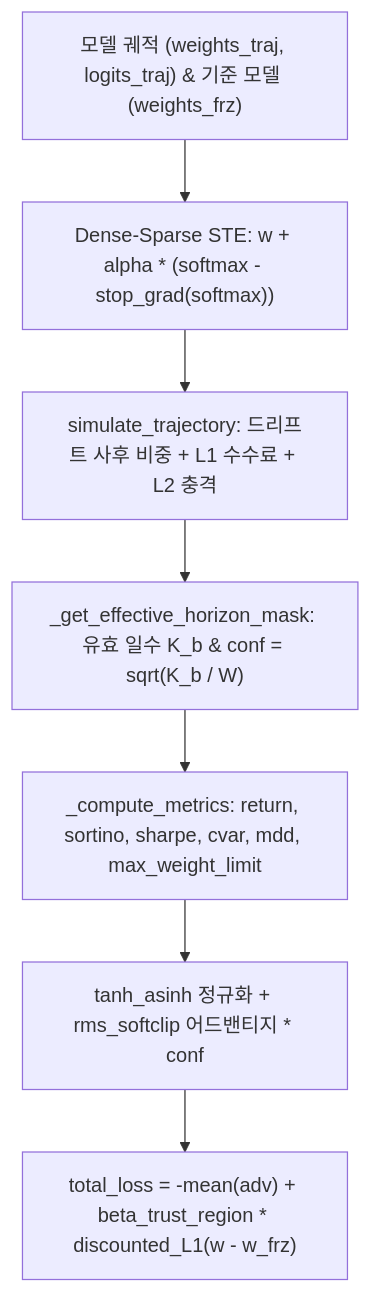
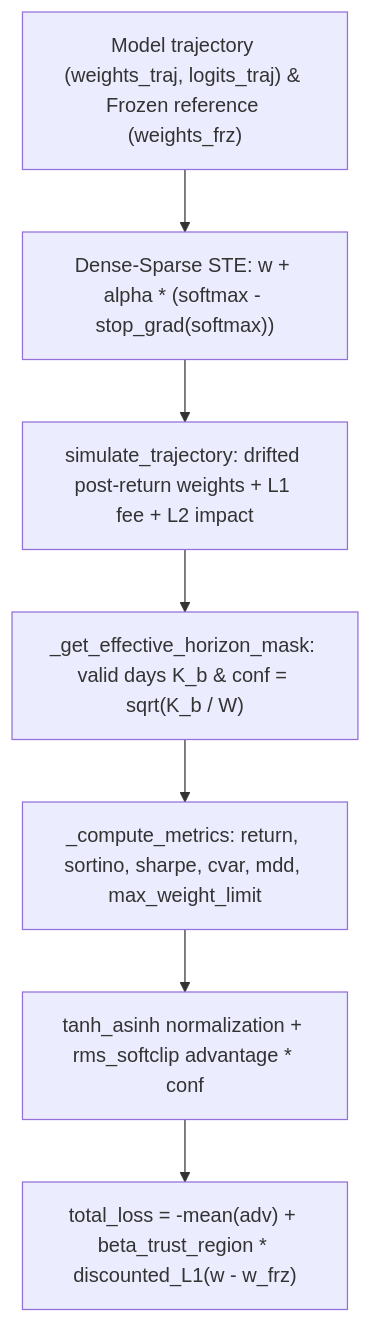
One commit to zerostreet/zerosteer changed the diagram in openwiki/workflows/pretrain-and-trajectory-rl.md. Above: the diagram before and after it, drawn with Mermaid. The commit also changed other lines of this file and 10 other files, not shown here.

````diff
--- a/openwiki/workflows/pretrain-and-trajectory-rl.md
+++ b/openwiki/workflows/pretrain-and-trajectory-rl.md
@@ -37,9 +49,9 @@
 ```mermaid
 flowchart TD
-    IN["모델 궤적 (weights_traj, logits_traj) & 기준 모델 (weights_frz)"] --> STE["Dense-Sparse STE: w + alpha * (softmax - stop_grad(softmax))"]
-    STE --> SIM["simulate_trajectory: 드리프트 사후 비중 + L1 수수료 + L2 충격"]
-    SIM --> HMASK["_get_effective_horizon_mask: 유효 일수 K_b & conf = sqrt(K_b / W)"]
+    IN["Model trajectory (weights_traj, logits_traj) & Frozen reference (weights_frz)"] --> STE["Dense-Sparse STE: w + alpha * (softmax - stop_grad(softmax))"]
+    STE --> SIM["simulate_trajectory: drifted post-return weights + L1 fee + L2 impact"]
+    SIM --> HMASK["_get_effective_horizon_mask: valid days K_b & conf = sqrt(K_b / W)"]
     HMASK --> METRICS["_compute_metrics: return, sortino, sharpe, cvar, mdd, max_weight_limit"]
-    METRICS --> ADV["tanh_asinh 정규화 + rms_softclip 어드밴티지 * conf"]
+    METRICS --> ADV["tanh_asinh normalization + rms_softclip advantage * conf"]
     ADV --> LOSS["total_loss = -mean(adv) + beta_trust_region * discounted_L1(w - w_frz)"]
 ```
````
